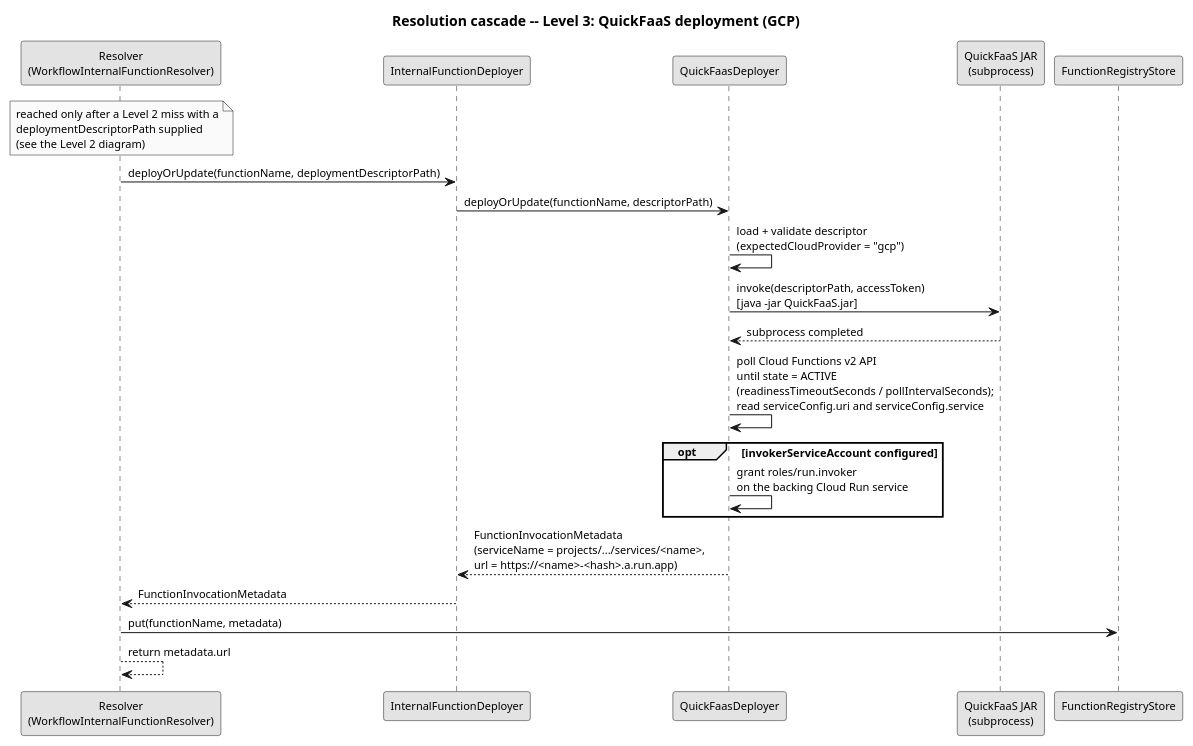
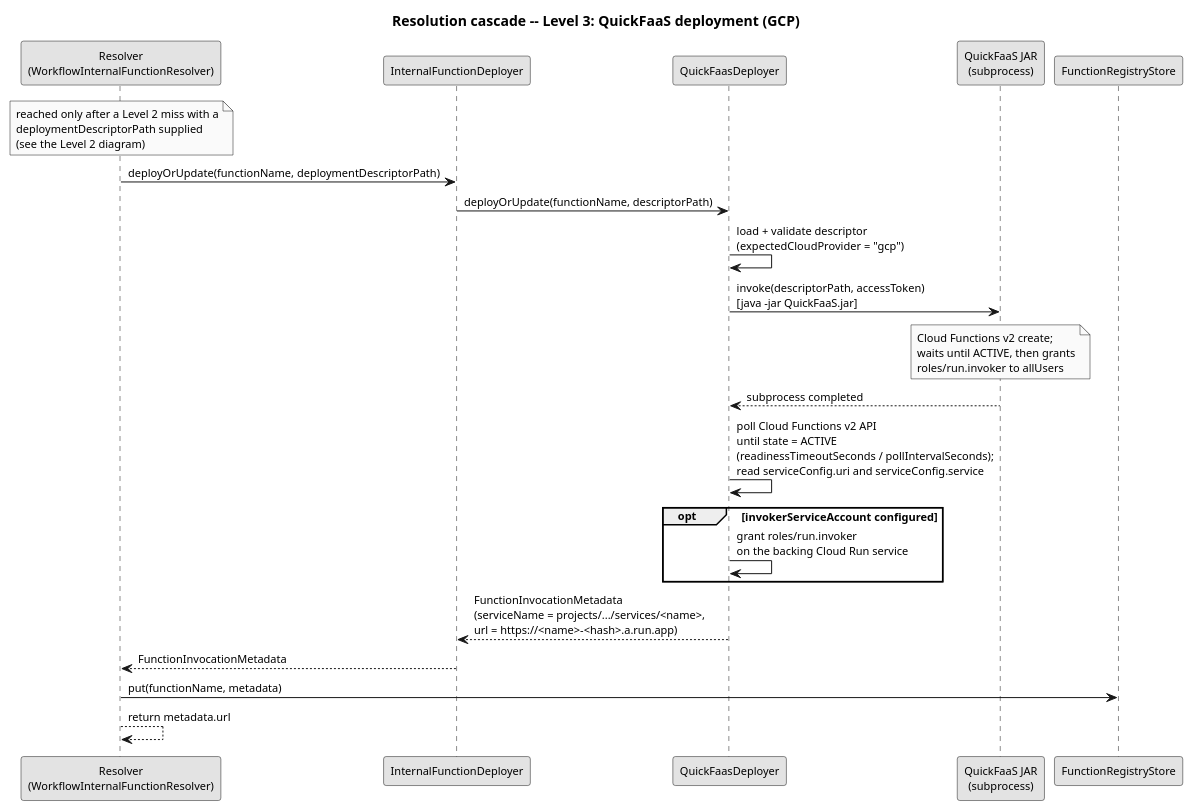
Before and after one commit to EngenheiroPedroCarvalho/ISEL-Thesis-2526: the diagram in diagrams/resolution-cascade-level3-gcp.puml, drawn with PlantUML. The commit also changed 17 other files, not shown here.

First line of the commit message:
Fill in the smaller gaps between the diagrams, the code and the text

```diff
--- a/diagrams/resolution-cascade-level3-gcp.puml
+++ b/diagrams/resolution-cascade-level3-gcp.puml
@@ -1,33 +1,38 @@
 @startuml resolution-cascade-level3-gcp
 skinparam monochrome true
 skinparam shadowing false
 skinparam defaultFontSize 11
 title Resolution cascade -- Level 3: QuickFaaS deployment (GCP)
 
 participant "Resolver\n(WorkflowInternalFunctionResolver)" as R
 participant "InternalFunctionDeployer" as D
 participant "QuickFaasDeployer" as QFD
 participant "QuickFaaS JAR\n(subprocess)" as QF
 participant "FunctionRegistryStore" as REG
 
 note over R
   reached only after a Level 2 miss with a
   deploymentDescriptorPath supplied
   (see the Level 2 diagram)
 end note
 
 R -> D : deployOrUpdate(functionName, deploymentDescriptorPath)
 D -> QFD : deployOrUpdate(functionName, descriptorPath)
 QFD -> QFD : load + validate descriptor\n(expectedCloudProvider = "gcp")
 QFD -> QF : invoke(descriptorPath, accessToken)\n[java -jar QuickFaaS.jar]
+note over QF
+  Cloud Functions v2 create;
+  waits until ACTIVE, then grants
+  roles/run.invoker to allUsers
+end note
 QF --> QFD : subprocess completed
 QFD -> QFD : poll Cloud Functions v2 API\nuntil state = ACTIVE\n(readinessTimeoutSeconds / pollIntervalSeconds);\nread serviceConfig.uri and serviceConfig.service
 opt invokerServiceAccount configured
   QFD -> QFD : grant roles/run.invoker\non the backing Cloud Run service
 end
 QFD --> D : FunctionInvocationMetadata\n(serviceName = projects/.../services/<name>,\nurl = https://<name>-<hash>.a.run.app)
 
 D --> R : FunctionInvocationMetadata
 R -> REG : put(functionName, metadata)
 R --> R : return metadata.url
 @enduml
```
